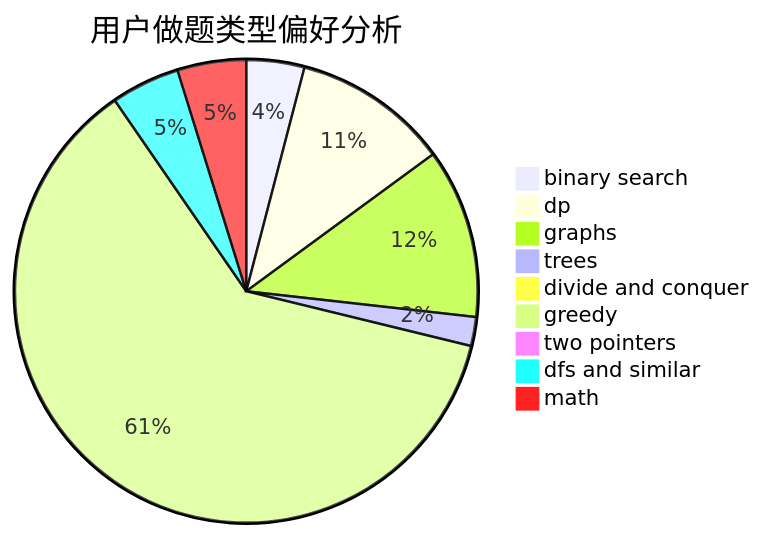
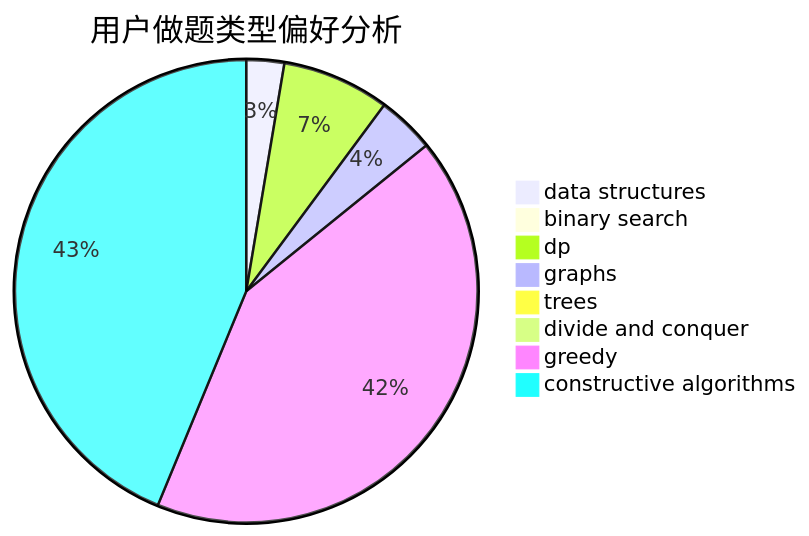
The second of 3 diagrams in docs/user/u1652.md (sherpahu/cfrs.github.io), drawn with Mermaid before and after one commit. The commit also changed other lines of this file and 2775 other files, not shown here.

````diff
--- a/docs/user/u1652.md
+++ b/docs/user/u1652.md
@@ -23,12 +23,11 @@
 ```mermaid
 pie title 用户做题类型偏好分析
-    "binary search" :  54
-    "dp" :  145
-    "graphs" :  158
-    "trees" :  27
-    "divide and conquer" :  7
-    "greedy" :  821
-    "two pointers" :  5
-    "dfs and similar" :  64
-    "math" :  64
+    "data structures" :  25
+    "binary search" :  4
+    "dp" :  71
+    "graphs" :  38
+    "trees" :  6
+    "divide and conquer" :  3
+    "greedy" :  398
+    "constructive algorithms" :  414
 ```
````
